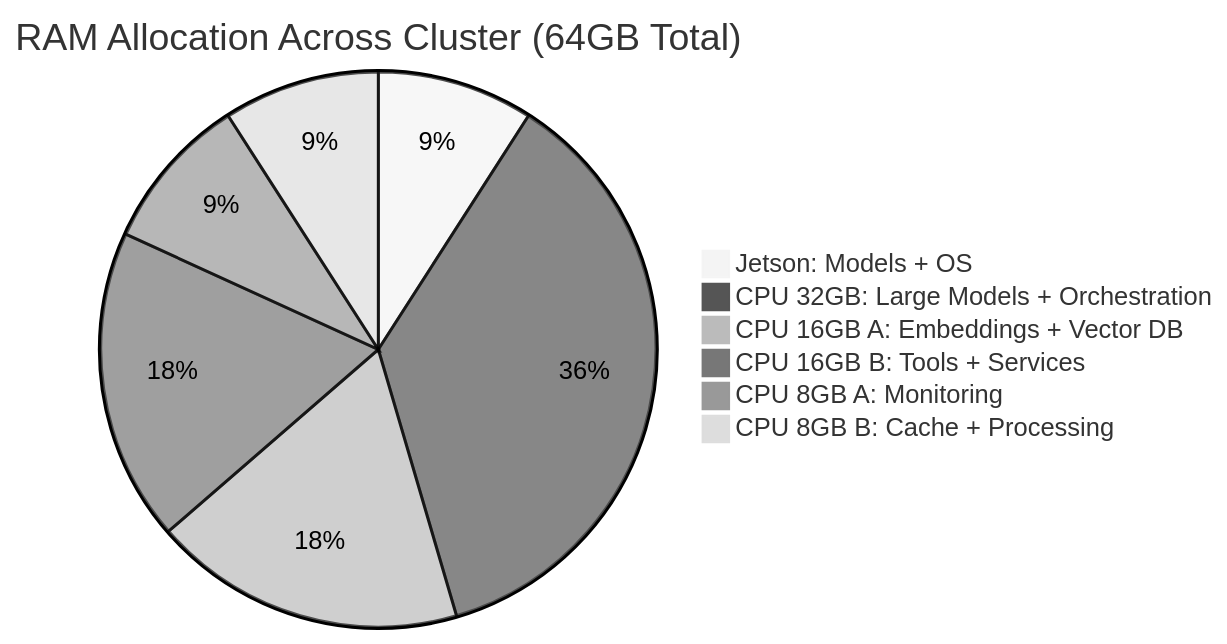
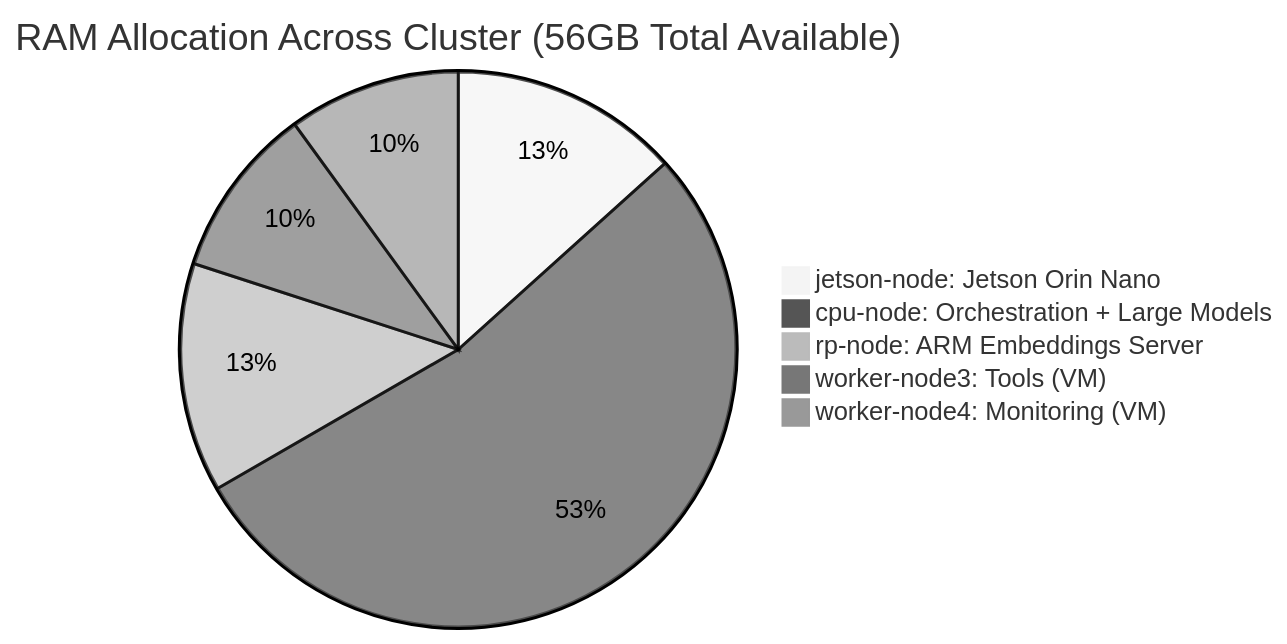
One commit to pavelkushtia/LangGraph changed the fourth of 7 diagrams in docs/architecture_diagrams.md. Above: the diagram before and after it, drawn with Mermaid (neutral theme). The commit also changed other lines of this file and 7 other files, not shown here.

````diff
--- a/docs/architecture_diagrams.md
+++ b/docs/architecture_diagrams.md
@@ -118,9 +117,8 @@
 ```mermaid
-pie title RAM Allocation Across Cluster (64GB Total)
-    "Jetson: Models + OS" : 8
-    "CPU 32GB: Large Models + Orchestration" : 32
-    "CPU 16GB A: Embeddings + Vector DB" : 16
-    "CPU 16GB B: Tools + Services" : 16
-    "CPU 8GB A: Monitoring" : 8
-    "CPU 8GB B: Cache + Processing" : 8
+pie title RAM Allocation Across Cluster (56GB Total Available)
+    "jetson-node: Jetson Orin Nano" : 8
+    "cpu-node: Orchestration + Large Models" : 32
+    "rp-node: ARM Embeddings Server" : 8
+    "worker-node3: Tools (VM)" : 6
+    "worker-node4: Monitoring (VM)" : 6
 ```
````
